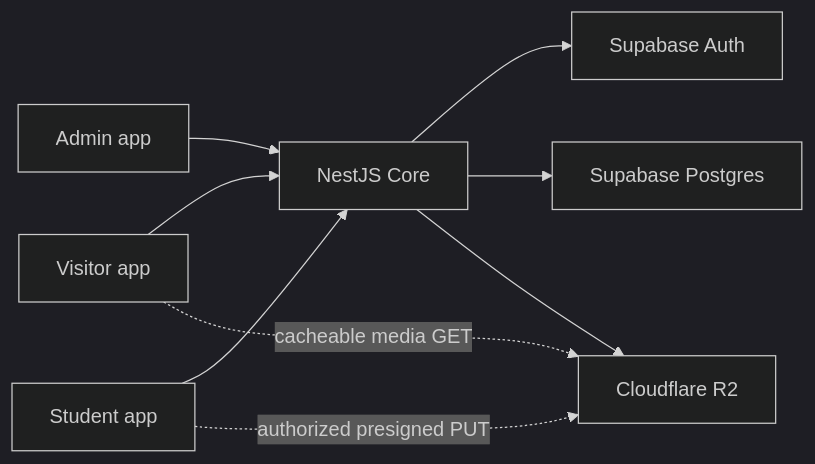
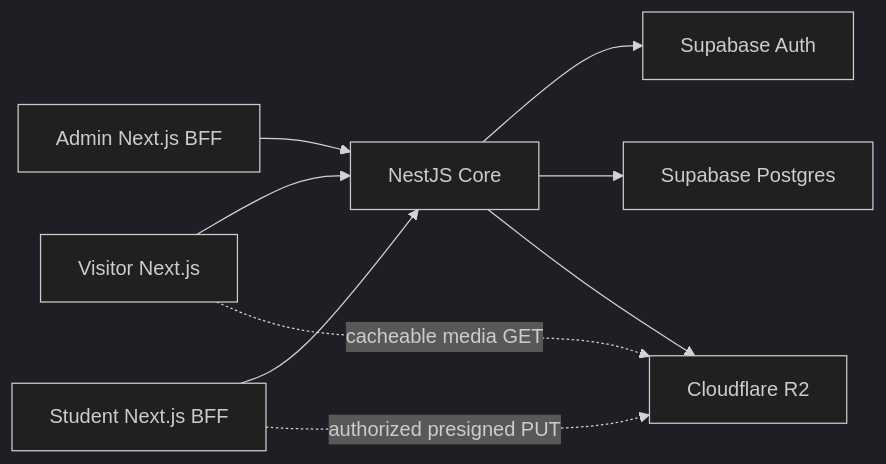
Before and after one commit to csi-spu/showcase: the diagram in docs/architecture.md, drawn with Mermaid (dark theme). The commit also changed other lines of this file and 62 other files, not shown here.

````diff
--- a/docs/architecture.md
+++ b/docs/architecture.md
@@ -5,11 +5,11 @@
 ```mermaid
 flowchart LR
-  Visitor[Visitor app] --> Core[NestJS Core]
-  Admin[Admin app] --> Core
-  Student[Student app] --> Core
+  Visitor[Visitor Next.js] --> Core[NestJS Core]
+  Admin[Admin Next.js BFF] --> Core
+  Student[Student Next.js BFF] --> Core
   Core --> Auth[Supabase Auth]
   Core --> DB[Supabase Postgres]
   Core --> R2[Cloudflare R2]
   Student -. authorized presigned PUT .-> R2
   Visitor -. cacheable media GET .-> R2
 ```
````
